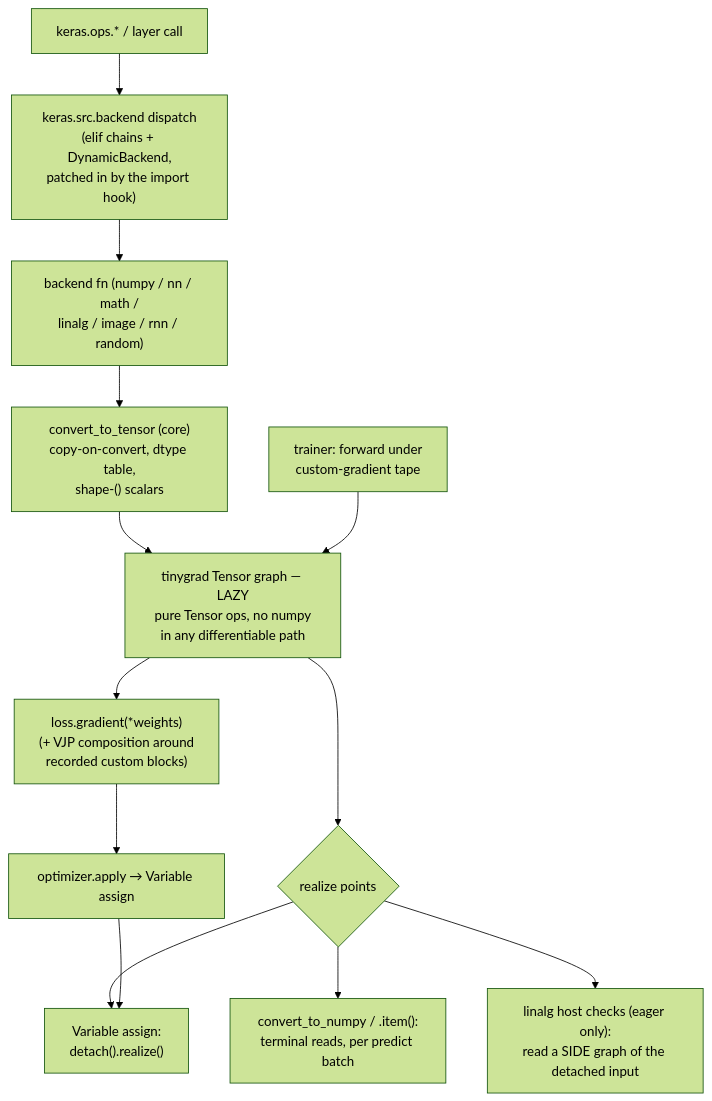
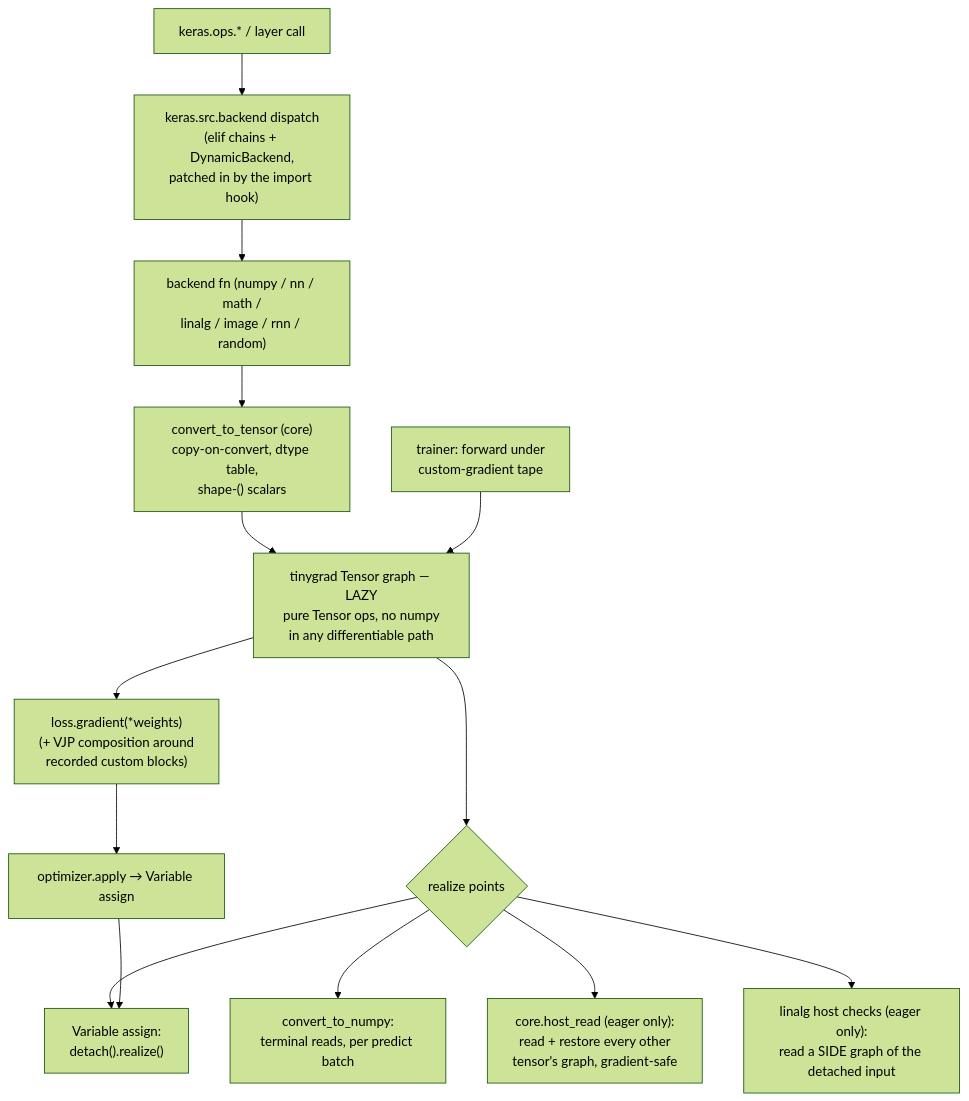
The diagram in docs/architecture.md (c4ffein/keras-tinygrad), drawn with Mermaid (forest theme) before and after one commit. The commit also changed other lines of this file and 30 other files, not shown here.

````diff
--- a/docs/architecture.md
+++ b/docs/architecture.md
@@ -19,14 +19,15 @@
 ```mermaid
 flowchart TD
     A["keras.ops.* / layer call"] --> B["keras.src.backend dispatch<br/>(elif chains + DynamicBackend,<br/>patched in by the import hook)"]
     B --> C["backend fn (numpy / nn / math /<br/>linalg / image / rnn / random)"]
     C --> D["convert_to_tensor (core)<br/>copy-on-convert, dtype table,<br/>shape-() scalars"]
     D --> E["tinygrad Tensor graph — LAZY<br/>pure Tensor ops, no numpy<br/>in any differentiable path"]
     E --> F{realize points}
     F --> G["Variable assign:<br/>detach().realize()"]
-    F --> H["convert_to_numpy / .item():<br/>terminal reads, per predict batch"]
+    F --> H["convert_to_numpy:<br/>terminal reads, per predict batch"]
+    F --> J["core.host_read (eager only):<br/>read + restore every other<br/>tensor's graph, gradient-safe"]
     F --> I["linalg host checks (eager only):<br/>read a SIDE graph of the detached input"]
     T["trainer: forward under<br/>custom-gradient tape"] --> E
     E --> L["loss.gradient(*weights)<br/>(+ VJP composition around<br/>recorded custom blocks)"]
     L --> M["optimizer.apply → Variable assign"] --> G
 ```
````
